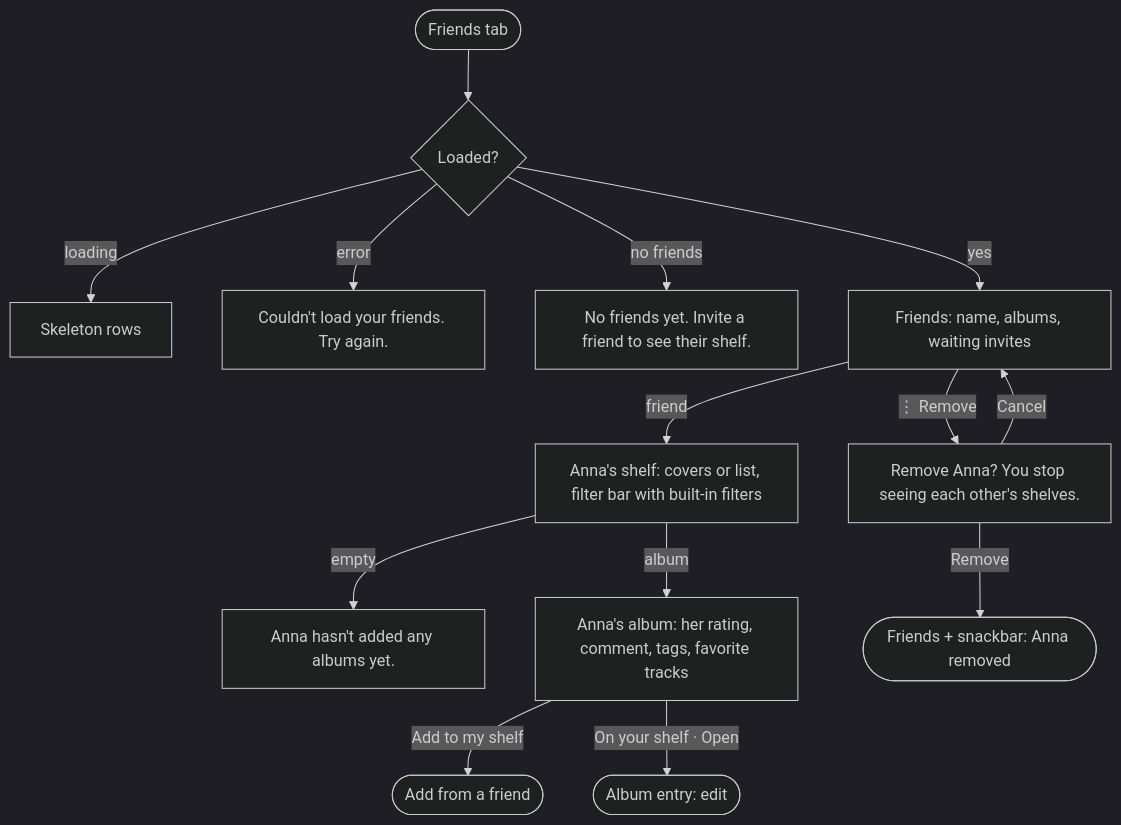
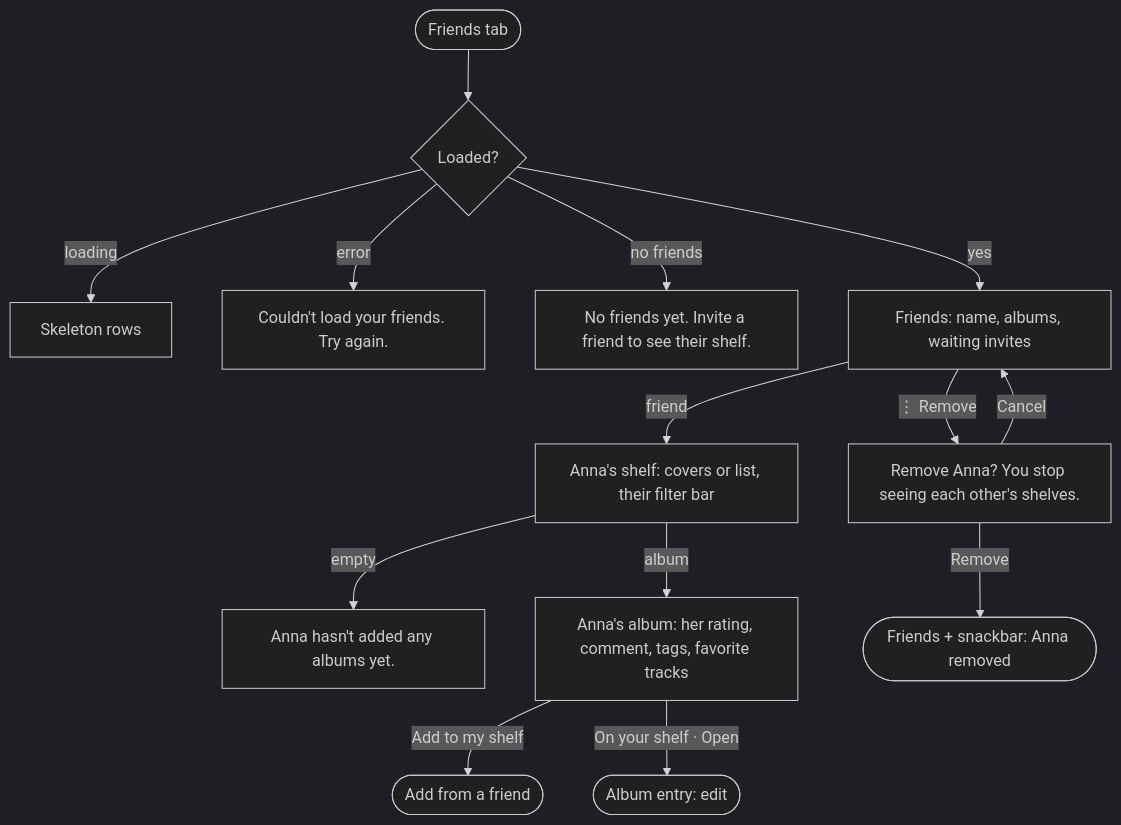
Before and after one commit to Schwub/shelf: diagram 12 of 14 in docs/design/flows.md, drawn with Mermaid (dark theme). The commit also changed other lines of this file and 12 other files, not shown here.

First line of the commit message:
A friend's shelf: their filters, and the Sort key

````diff
--- a/docs/design/flows.md
+++ b/docs/design/flows.md
@@ -299,16 +299,16 @@
 ```mermaid
 flowchart TD
   tab([Friends tab]) --> load{Loaded?}
   load -- loading --> skel[Skeleton rows]
   load -- error --> err[Couldn't load your friends. Try again.]
   load -- no friends --> empty[No friends yet. Invite a friend to see their shelf.]
   load -- yes --> list[Friends: name, albums, waiting invites]
-  list -- friend --> fshelf[Anna's shelf: covers or list, filter bar with built-in filters]
+  list -- friend --> fshelf[Anna's shelf: covers or list, their filter bar]
   fshelf -- empty --> fempty[Anna hasn't added any albums yet.]
   fshelf -- album --> falbum[Anna's album: her rating, comment, tags, favorite tracks]
   falbum -- Add to my shelf --> addflow([Add from a friend])
   falbum -- On your shelf · Open --> entry([Album entry: edit])
   list -- ⋮ Remove --> confirm[Remove Anna? You stop seeing each other's shelves.]
   confirm -- Remove --> removed([Friends + snackbar: Anna removed])
   confirm -- Cancel --> list
 ```
````
